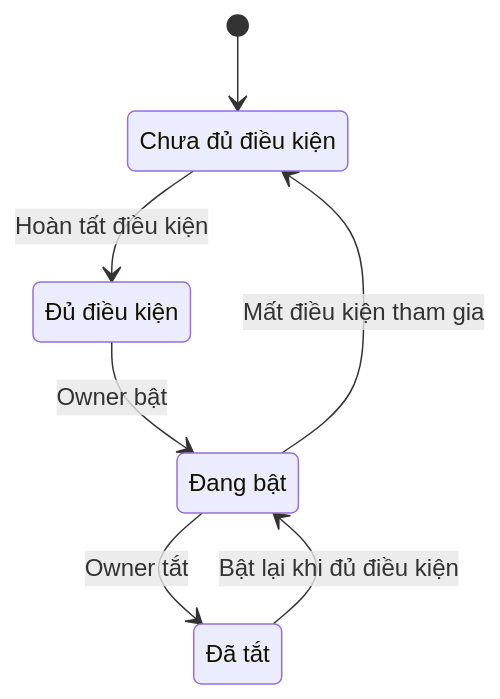
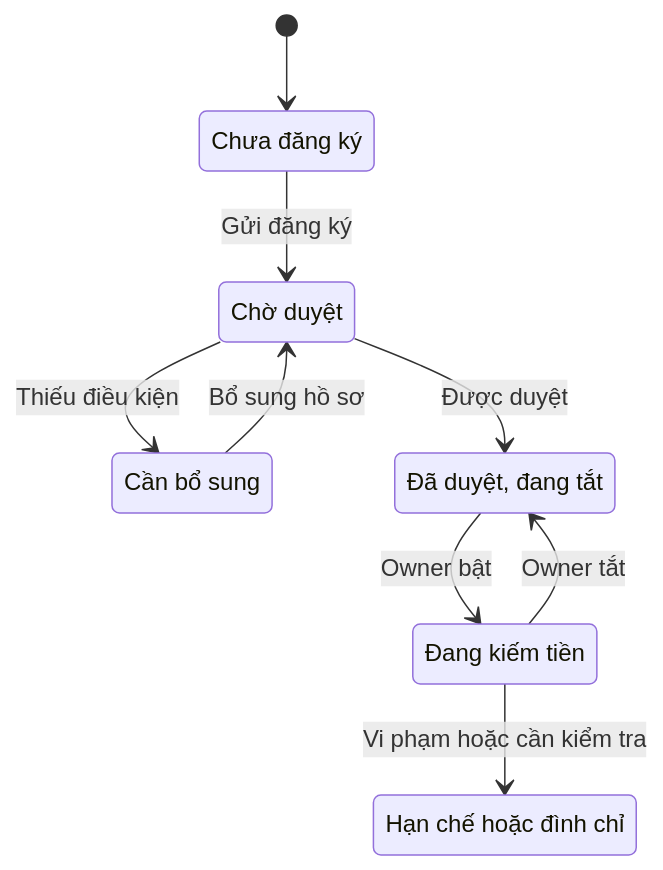
The fourth of 5 diagrams in docs/business/business-oneqr-earnings.md (maivtn/taxiq), drawn with Mermaid before and after one commit. The commit also changed other lines of this file, not shown here.

````diff
--- a/docs/business/business-oneqr-earnings.md
+++ b/docs/business/business-oneqr-earnings.md
@@ -214,13 +197,17 @@
 ```mermaid
 stateDiagram-v2
-    state "Chưa đủ điều kiện" as Ineligible
-    state "Đủ điều kiện" as Eligible
-    state "Đang bật" as Enabled
-    state "Đã tắt" as Disabled
-    [*] --> Ineligible
-    Ineligible --> Eligible : Hoàn tất điều kiện
-    Eligible --> Enabled : Owner bật
-    Enabled --> Disabled : Owner tắt
-    Disabled --> Enabled : Bật lại khi đủ điều kiện
-    Enabled --> Ineligible : Mất điều kiện tham gia
+    state "Chưa đăng ký" as New
+    state "Chờ duyệt" as Review
+    state "Cần bổ sung" as Missing
+    state "Đã duyệt, đang tắt" as Approved
+    state "Đang kiếm tiền" as Enabled
+    state "Hạn chế hoặc đình chỉ" as Restricted
+    [*] --> New
+    New --> Review : Gửi đăng ký
+    Review --> Missing : Thiếu điều kiện
+    Missing --> Review : Bổ sung hồ sơ
+    Review --> Approved : Được duyệt
+    Approved --> Enabled : Owner bật
+    Enabled --> Approved : Owner tắt
+    Enabled --> Restricted : Vi phạm hoặc cần kiểm tra
 ```
````
